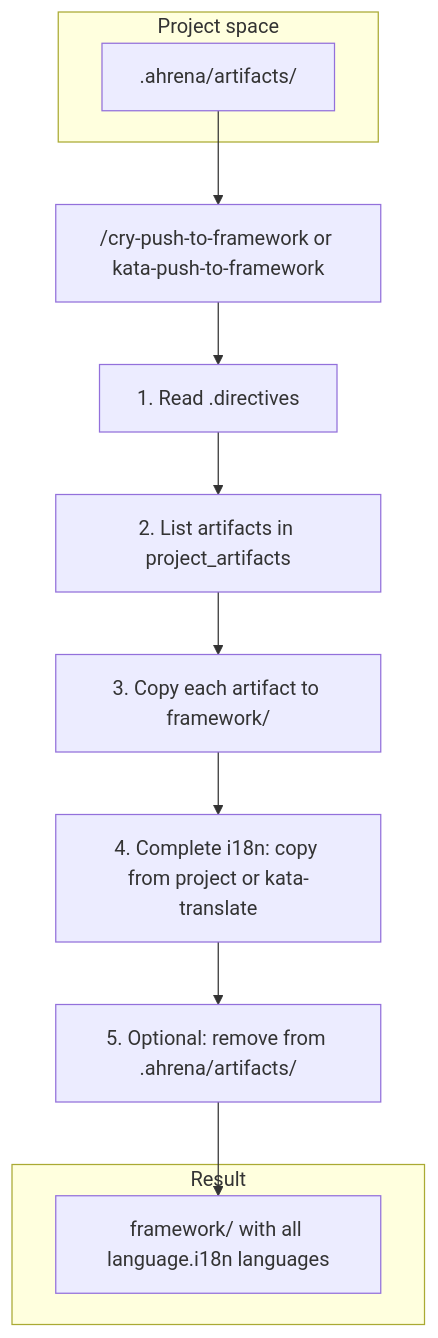
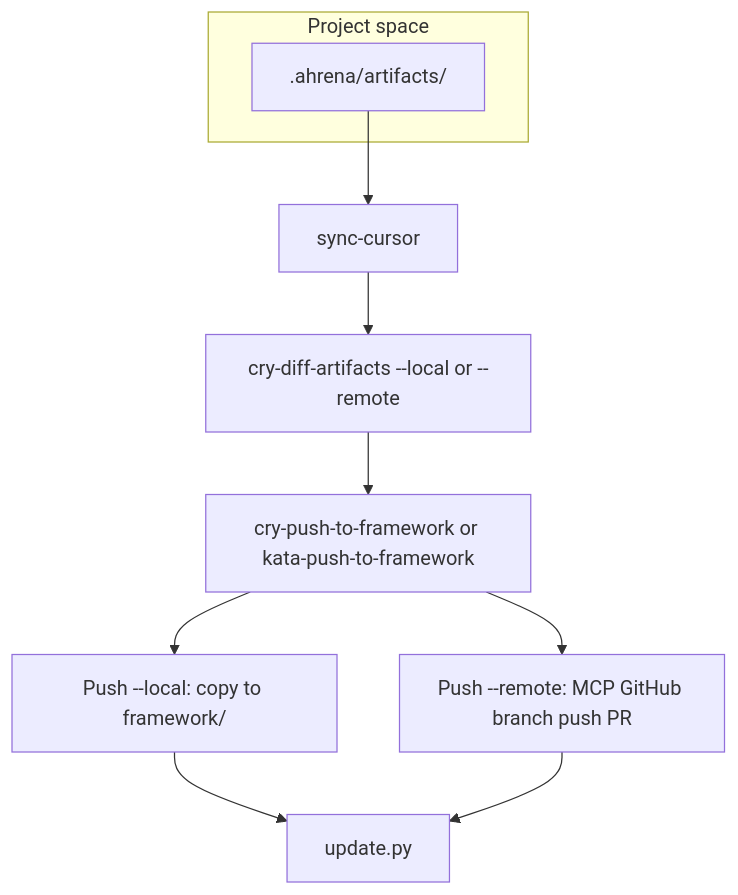
The second of 2 diagrams in framework/en/_foundation/authoring/README.md (guardiatechnology/ahrena), drawn with Mermaid before and after one commit. The commit also changed other lines of this file and 18 other files, not shown here.

First line of the commit message:
docs(authoring): canonical flow, push --local/--remote, kata-diff-artifacts and cry-diff-artifacts

````diff
--- a/framework/en/_foundation/authoring/README.md
+++ b/framework/en/_foundation/authoring/README.md
@@ -79,20 +85,20 @@
 ```mermaid
 flowchart TD
     subgraph origin [Project space]
         Art[".ahrena/artifacts/"]
     end
 
-    Inv["/cry-push-to-framework or kata-push-to-framework"]
-    P1["1. Read .directives"]
-    P2["2. List artifacts in project_artifacts"]
-    P3["3. Copy each artifact to framework/"]
-    P4["4. Complete i18n: copy from project or kata-translate"]
-    P5["5. Optional: remove from .ahrena/artifacts/"]
+    Sync["sync-cursor"]
+    Diff["cry-diff-artifacts --local or --remote"]
+    Push["cry-push-to-framework or kata-push-to-framework"]
+    Local["Push --local: copy to framework/"]
+    Remote["Push --remote: MCP GitHub branch push PR"]
+    Update["update.py"]
 
-    subgraph result [Result]
-        FW["framework/ with all language.i18n languages"]
-    end
-
-    Art --> Inv
-    Inv --> P1 --> P2 --> P3 --> P4 --> P5 --> FW
+    Art --> Sync --> Diff
+    Diff --> Push
+    Push --> Local
+    Push --> Remote
+    Local --> Update
+    Remote --> Update
 ```
````
